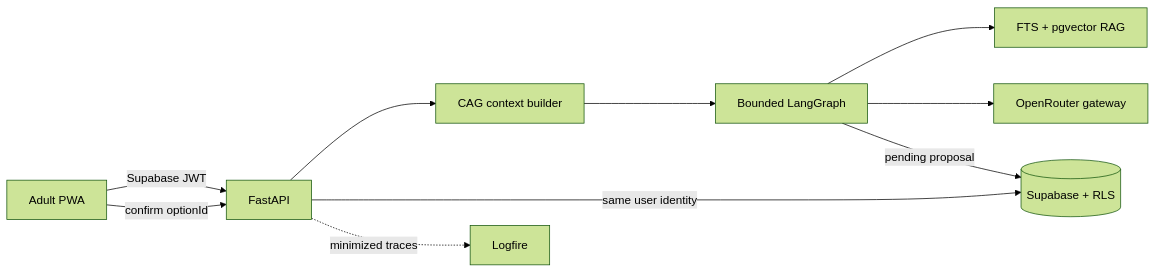
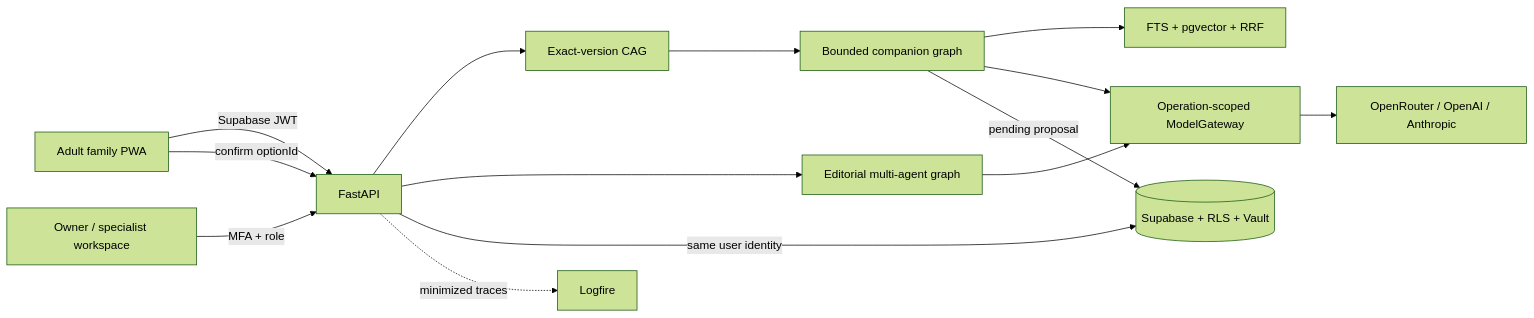
The diagram in README.md (pr3t3l/KidsApp), drawn with Mermaid (forest theme) before and after one commit. The commit also changed other lines of this file and 125 other files, not shown here.

````diff
--- a/README.md
+++ b/README.md
@@ -88,12 +88,16 @@
 ```mermaid
 flowchart LR
-  Adult[Adult PWA] -->|Supabase JWT| API[FastAPI]
-  API --> CAG[CAG context builder]
-  CAG --> Graph[Bounded LangGraph]
-  Graph --> RAG[FTS + pgvector RAG]
-  Graph --> Gateway[OpenRouter gateway]
-  API -->|same user identity| DB[(Supabase + RLS)]
+  Adult[Adult family PWA] -->|Supabase JWT| API[FastAPI]
+  Admin[Owner / specialist workspace] -->|MFA + role| API
+  API --> CAG[Exact-version CAG]
+  CAG --> Companion[Bounded companion graph]
+  Companion --> RAG[FTS + pgvector + RRF]
+  API --> Factory[Editorial multi-agent graph]
+  Companion --> Gateway[Operation-scoped ModelGateway]
+  Factory --> Gateway
+  Gateway --> Providers[OpenRouter / OpenAI / Anthropic]
+  API -->|same user identity| DB[(Supabase + RLS + Vault)]
   API -. minimized traces .-> Logfire[Logfire]
-  Graph -->|pending proposal| DB
+  Companion -->|pending proposal| DB
   Adult -->|confirm optionId| API
 ```
````
